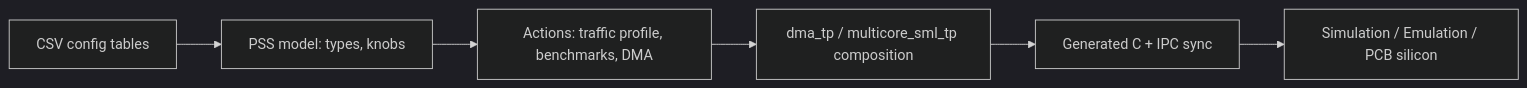
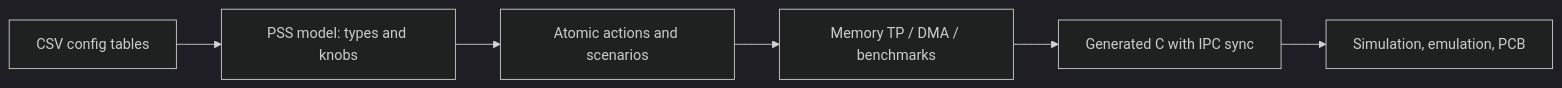
The diagram in docs/papers/ref-20261018-b4a5-post-silicon-performance-validation-using-pss.md (nemo99007/yt-paper), drawn with Mermaid (dark theme) before and after one commit. The commit also changed other lines of this file and 172 other files, not shown here.

````diff
--- a/docs/papers/ref-20261018-b4a5-post-silicon-performance-validation-using-pss.md
+++ b/docs/papers/ref-20261018-b4a5-post-silicon-performance-validation-using-pss.md
@@ -212,8 +199,8 @@
 ```mermaid
 flowchart LR
-  CFG[CSV config tables] --> PSS[PSS model: types, knobs]
-  PSS --> ACT[Actions: traffic profile, benchmarks, DMA]
-  ACT --> COMP[dma_tp / multicore_sml_tp composition]
-  COMP --> GEN[Generated C + IPC sync]
-  GEN --> RUN[Simulation / Emulation / PCB silicon]
+  CSV[CSV config tables] --> PSS[PSS model: types and knobs]
+  PSS --> SC[Atomic actions and scenarios]
+  SC --> TP[Memory TP / DMA / benchmarks]
+  TP --> C[Generated C with IPC sync]
+  C --> ENV[Simulation, emulation, PCB]
 ```
````
